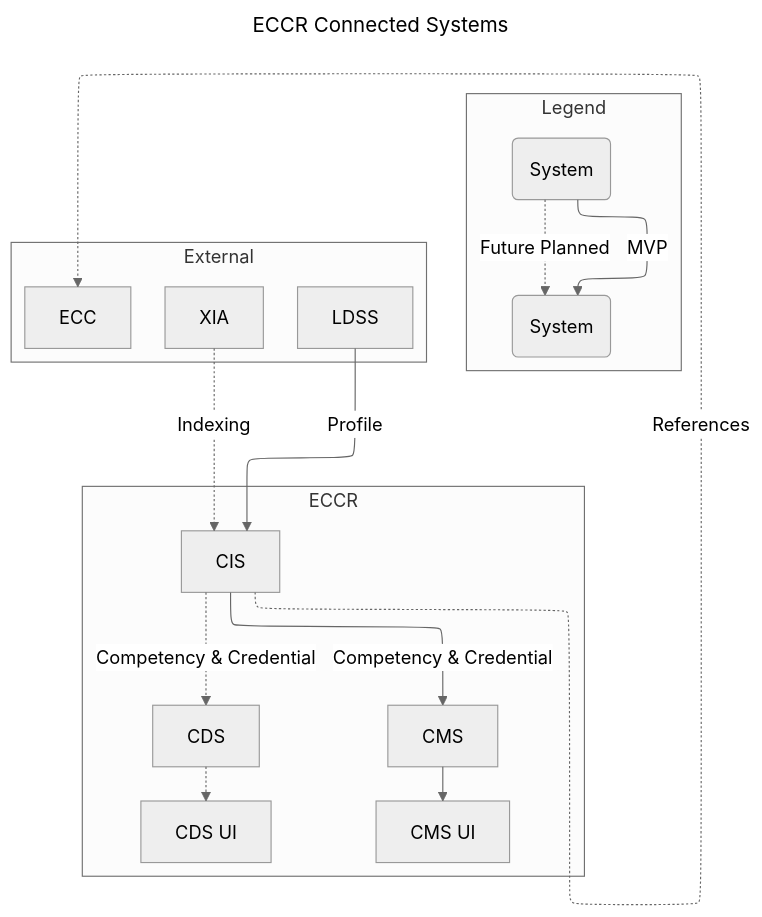
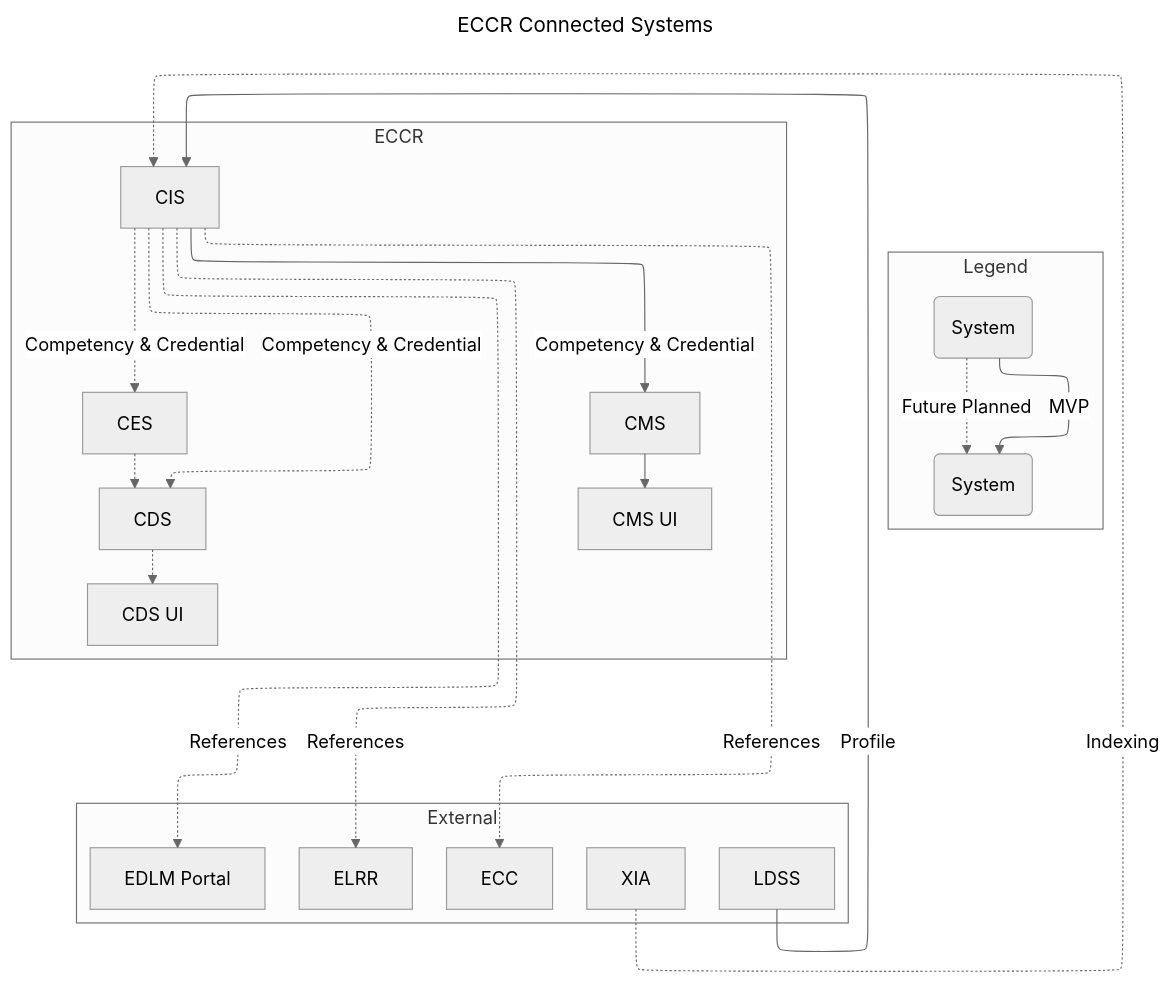
Before and after one commit to Creative-Learning-Services/eccr-cis: the first of 2 diagrams in README.md, drawn with Mermaid (neutral theme).

Commit message:
add to arch diagram

````diff
--- a/README.md
+++ b/README.md
@@ -5,31 +5,35 @@
 ```mermaid
 ---
 config:
         layout: elk
 title: ECCR Connected Systems
 ---
 graph TD;
         subgraph Legend
                 1("System")-->|MVP|2("System");
                 1("System")-.->|Future Planned|2("System");
         end
         subgraph External
                 LDSS;
                 XIA;
-                ECC
+                ECC;
+                ELRR;
+                EDLM[EDLM Portal];
         end
         subgraph ECCR
                 CIS;
+                CES;
                 CDS;
                 CMS;
                 CDSUI[CDS UI];
                 CMSUI[CMS UI];
         end
         LDSS-->|Profile|CIS;
         XIA-.->|Indexing|CIS;
-        CIS-.->|References|ECC;
+        CIS-.->|References|ECC & ELRR & EDLM;
         CIS-->|Competency & Credential|CMS;
-        CIS-.->|Competency & Credential|CDS;
+        CIS-.->|Competency & Credential|CDS & CES;
         CMS-->CMSUI;
         CDS-.->CDSUI;
+        CES-.->CDS;
 ```
````
